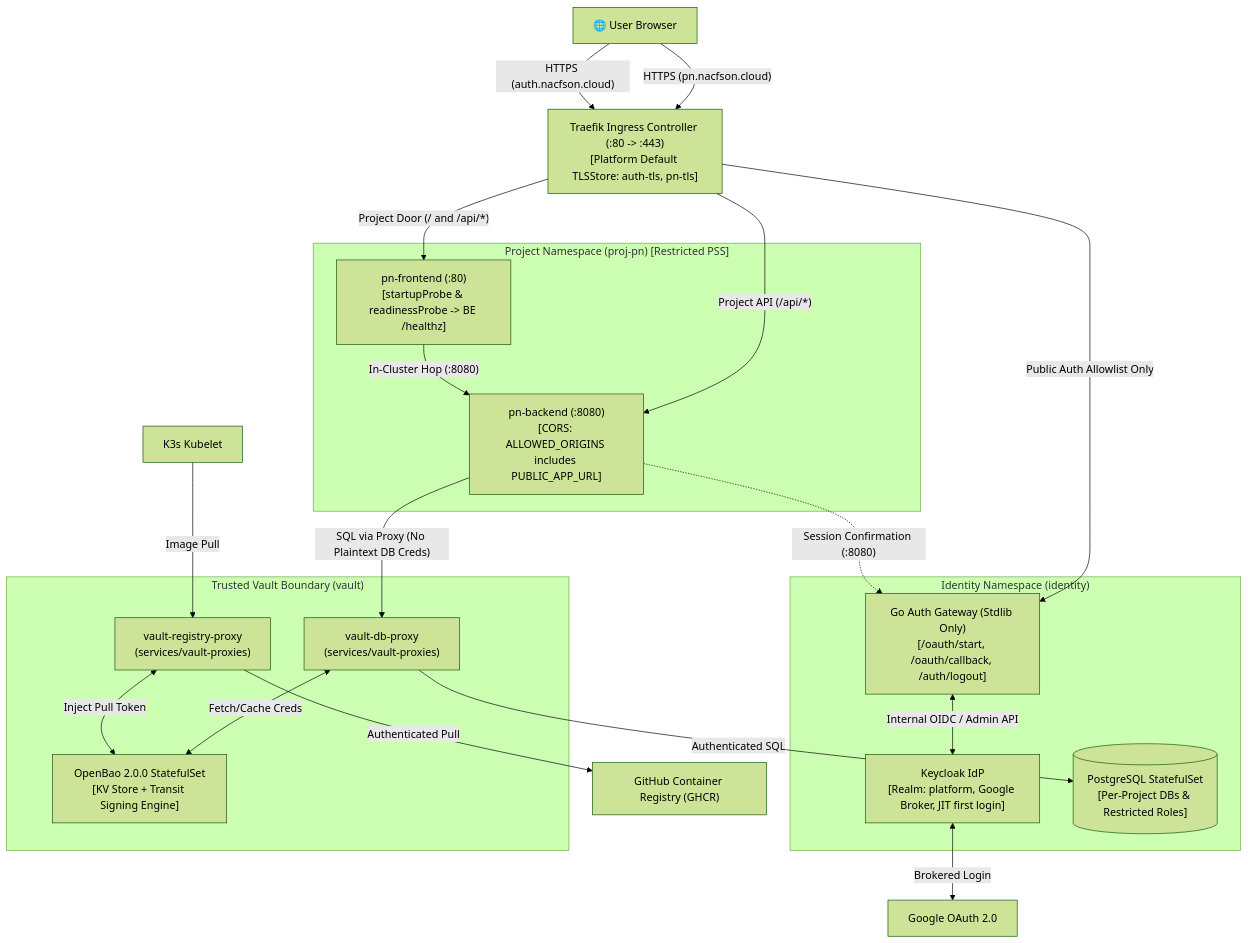
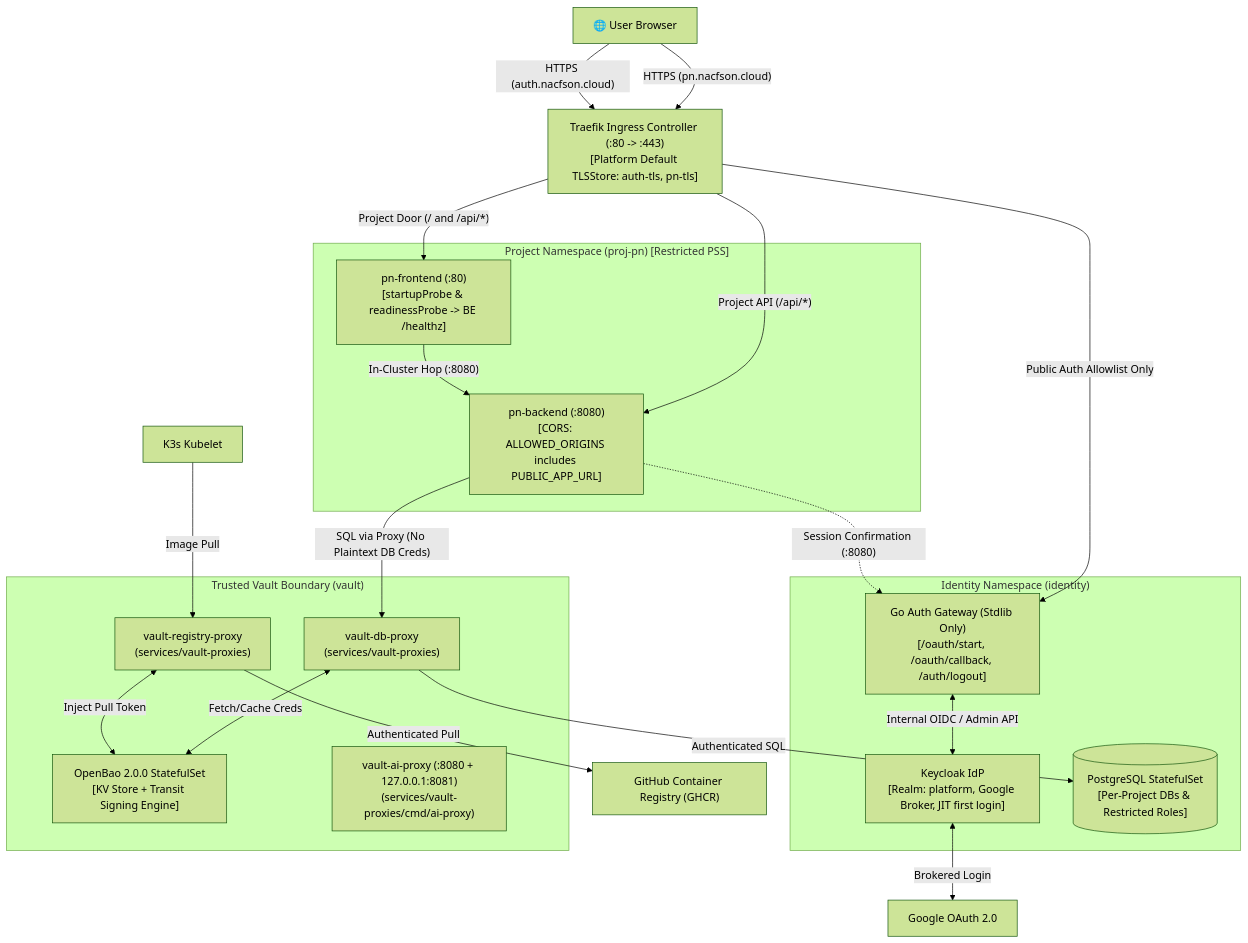
Before and after one commit to nacfson/nacfson_pipeline: the first of 3 diagrams in ARCHITECTURE.md, drawn with Mermaid (forest theme). The commit also changed other lines of this file and 36 other files, not shown here.

Commit message:
feat(vault-proxies): add internal AI gateway (vault-ai-proxy) with RAM scrub & zero-extraction hardening

````diff
--- a/ARCHITECTURE.md
+++ b/ARCHITECTURE.md
@@ -13,45 +13,46 @@
 ```mermaid
 flowchart TD
     Browser["🌐 User Browser"]
     Traefik["Traefik Ingress Controller (:80 -> :443)<br/>[Platform Default TLSStore: auth-tls, pn-tls]"]
 
     subgraph PlatformIdentity["Identity Namespace (identity)"]
         Gateway["Go Auth Gateway (Stdlib Only)<br/>[/oauth/start, /oauth/callback, /auth/logout]"]
         Keycloak["Keycloak IdP<br/>[Realm: platform, Google Broker, JIT first login]"]
         Postgres[("PostgreSQL StatefulSet<br/>[Per-Project DBs & Restricted Roles]")]
     end
 
     subgraph VaultBoundary["Trusted Vault Boundary (vault)"]
         OpenBao["OpenBao 2.0.0 StatefulSet<br/>[KV Store + Transit Signing Engine]"]
         DBProxy["vault-db-proxy<br/>(services/vault-proxies)"]
         RegProxy["vault-registry-proxy<br/>(services/vault-proxies)"]
+        AIProxy["vault-ai-proxy (:8080 + 127.0.0.1:8081)<br/>(services/vault-proxies/cmd/ai-proxy)"]
     end
 
     subgraph ProjectPN["Project Namespace (proj-pn) [Restricted PSS]"]
         FE["pn-frontend (:80)<br/>[startupProbe & readinessProbe -> BE /healthz]"]
         BE["pn-backend (:8080)<br/>[CORS: ALLOWED_ORIGINS includes PUBLIC_APP_URL]"]
     end
 
     Google["Google OAuth 2.0"]
     GHCR["GitHub Container Registry (GHCR)"]
 
     Browser -->|"HTTPS (pn.nacfson.cloud)"| Traefik
     Browser -->|"HTTPS (auth.nacfson.cloud)"| Traefik
 
     Traefik -->|"Project Door (/ and /api/*)"| FE
     Traefik -->|"Project API (/api/*)"| BE
     Traefik -->|"Public Auth Allowlist Only"| Gateway
 
     FE -->|"In-Cluster Hop (:8080)"| BE
     BE -.->|"Session Confirmation (:8080)"| Gateway
     Gateway <-->|"Internal OIDC / Admin API"| Keycloak
     Keycloak <-->|"Brokered Login"| Google
 
     BE -->|"SQL via Proxy (No Plaintext DB Creds)"| DBProxy
     DBProxy <-->|"Fetch/Cache Creds"| OpenBao
     DBProxy -->|"Authenticated SQL"| Postgres
 
     Kubelet["K3s Kubelet"] -->|"Image Pull"| RegProxy
     RegProxy <-->|"Inject Pull Token"| OpenBao
     RegProxy -->|"Authenticated Pull"| GHCR
 ```
````
